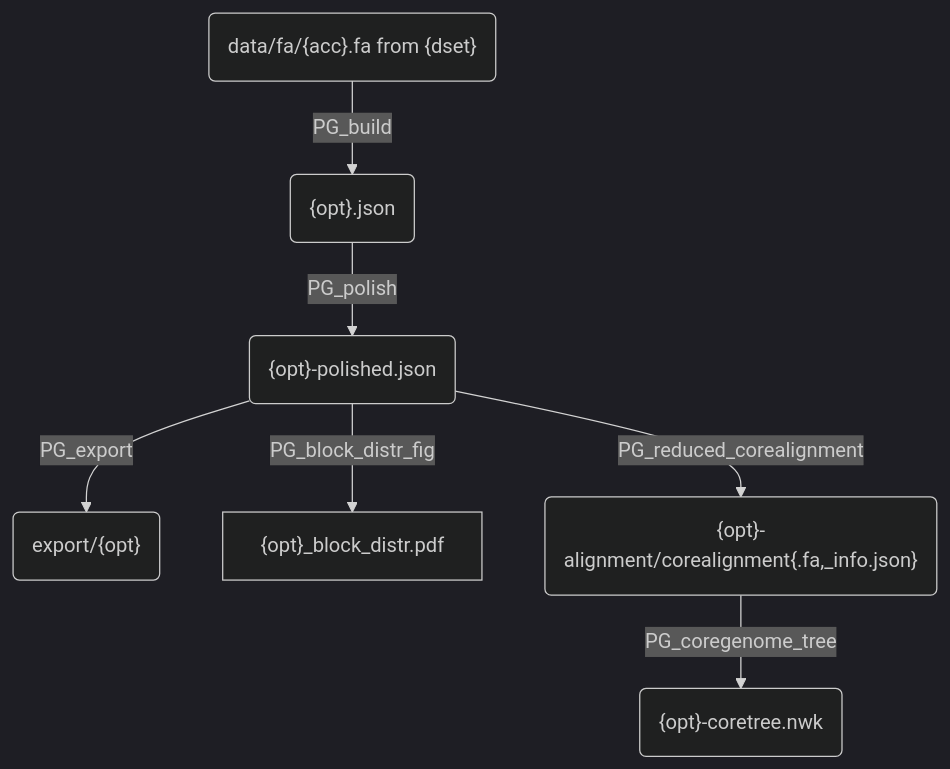
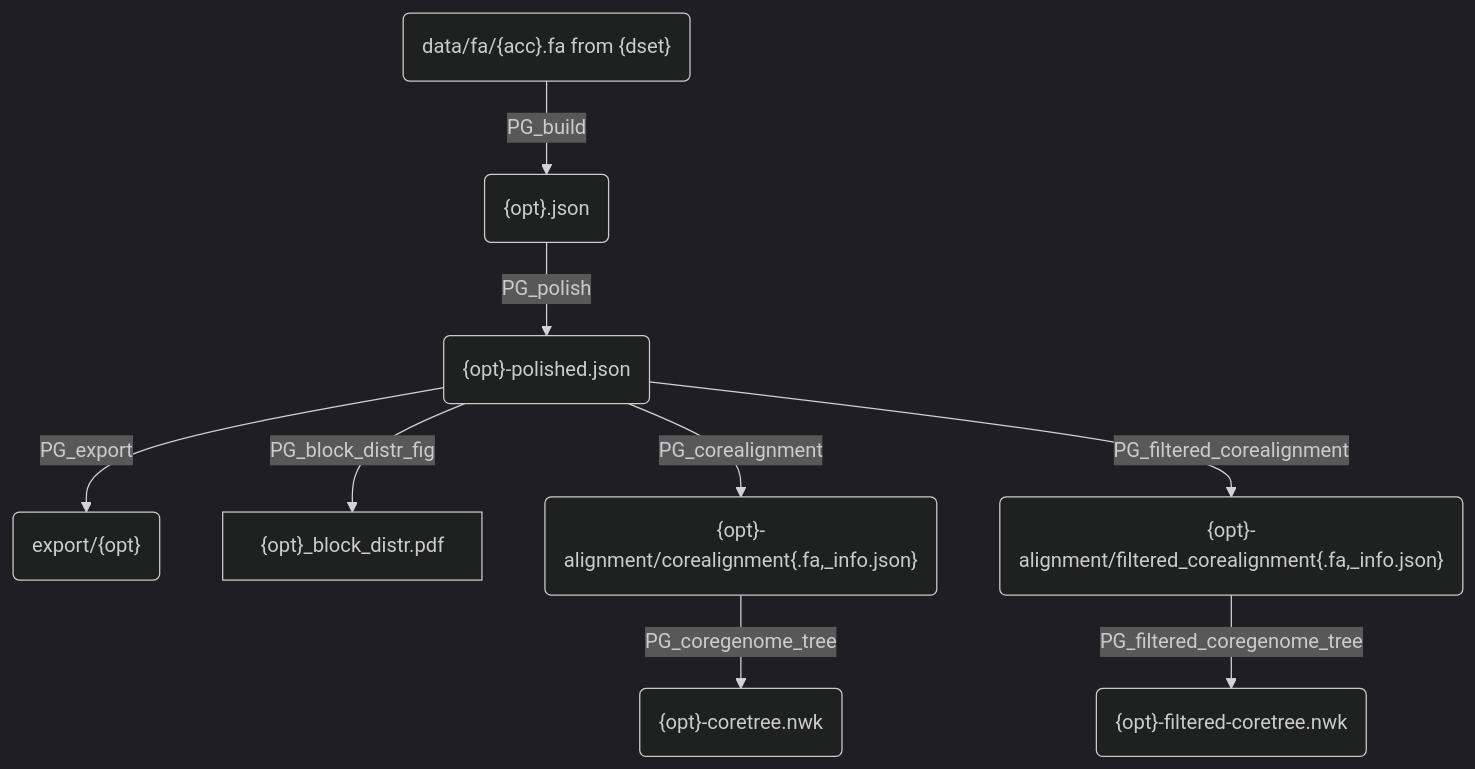
The second of 3 diagrams in notes/01_workflow_description.md (mmolari/ecoliST131-structural-evo), drawn with Mermaid (dark theme) before and after one commit. The commit also changed other lines of this file and 6 other files, not shown here.

````diff
--- a/notes/01_workflow_description.md
+++ b/notes/01_workflow_description.md
@@ -16,9 +16,11 @@
 ```mermaid
 flowchart TD
     A("data/fa/{acc}.fa from {dset}") --> |PG_build| B("{opt}.json") 
     B --> |PG_polish| C("{opt}-polished.json")
     C --> |PG_export| D("export/{opt}")
     C --> |PG_block_distr_fig| E["{opt}_block_distr.pdf"]
-    C --> |PG_reduced_corealignment| F("{opt}-alignment/corealignment{.fa,_info.json}")
+    C --> |PG_corealignment| F("{opt}-alignment/corealignment{.fa,_info.json}")
     F --> |PG_coregenome_tree| G("{opt}-coretree.nwk")
+    C --> |PG_filtered_corealignment| H("{opt}-alignment/filtered_corealignment{.fa,_info.json}")
+    H --> |PG_filtered_coregenome_tree| I("{opt}-filtered-coretree.nwk")
 ```
````
